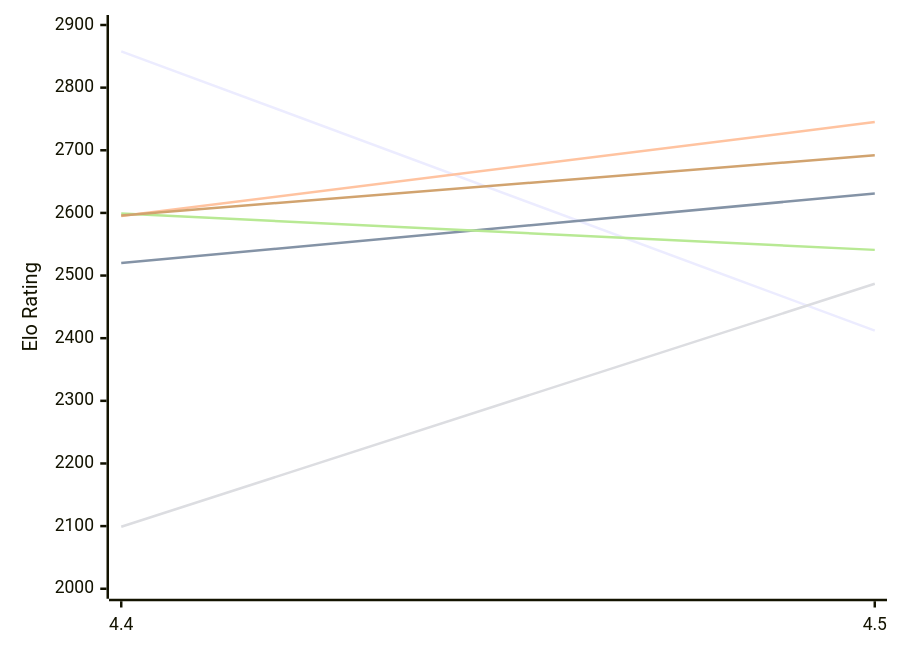
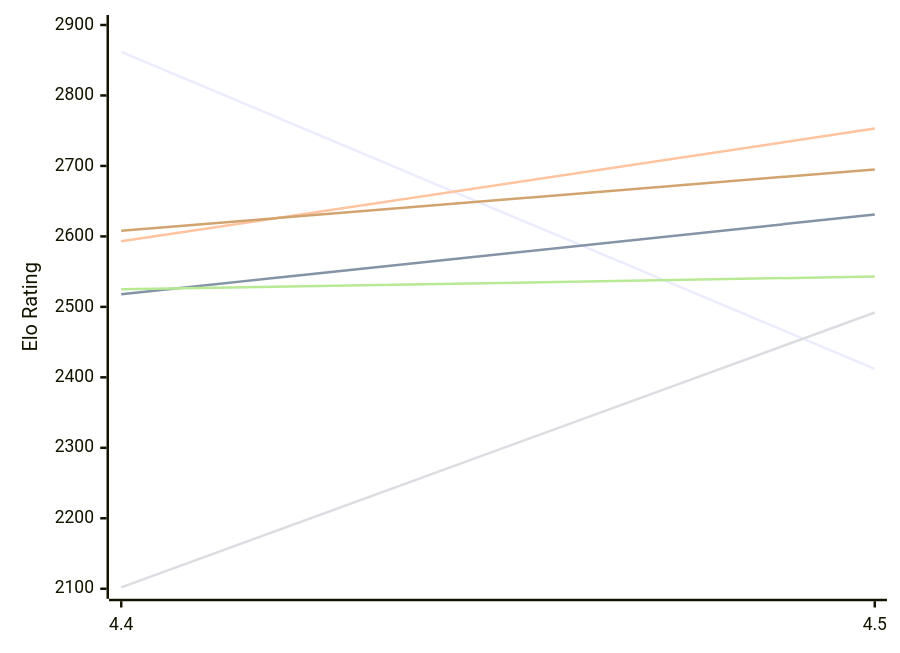
Before and after one commit to computer-chess-index/cci: the first of 2 diagrams in engines/Eubos.md, drawn with Mermaid. The commit also changed other lines of this file, not shown here.

Commit message:
Update CCI Ratings (ELO VLTC) - 2026-11-17

````diff
--- a/engines/Eubos.md
+++ b/engines/Eubos.md
@@ -52,12 +52,12 @@
 ```mermaid
 %%{init: {"theme":"base","themeVariables":{"seriesColors:['#a3a3a3','#222221','#faa371']}}}%%
 xychart-beta
   x-axis ["4.4", "4.5"]
-  y-axis "Elo Rating" 2000 --> 2900
-  line "E1: STC (8.0+0.08s)" [2858, 2412]
-  line "E1: LTC (60.0+0.60s)" [2520, 2631]
-  line "E1: VLTC (2m24s+1.12s)" [2595, 2745]
-  line "P1: STC (8.0+0.08s)" [2099, 2487]
-  line "P1: LTC (60.0+0.60s)" [2599, 2541]
-  line "P1: VLTC (2m24s+1.12s)" [2596, 2692]
+  y-axis "Elo Rating" 2100 --> 2900
+  line "E1: STC (8.0+0.08s)" [2862, 2412]
+  line "E1: LTC (60.0+0.60s)" [2518, 2631]
+  line "E1: VLTC (2m24s+1.12s)" [2593, 2753]
+  line "P1: STC (8.0+0.08s)" [2102, 2492]
+  line "P1: LTC (60.0+0.60s)" [2525, 2543]
+  line "P1: VLTC (2m24s+1.12s)" [2608, 2695]
 ```
````
